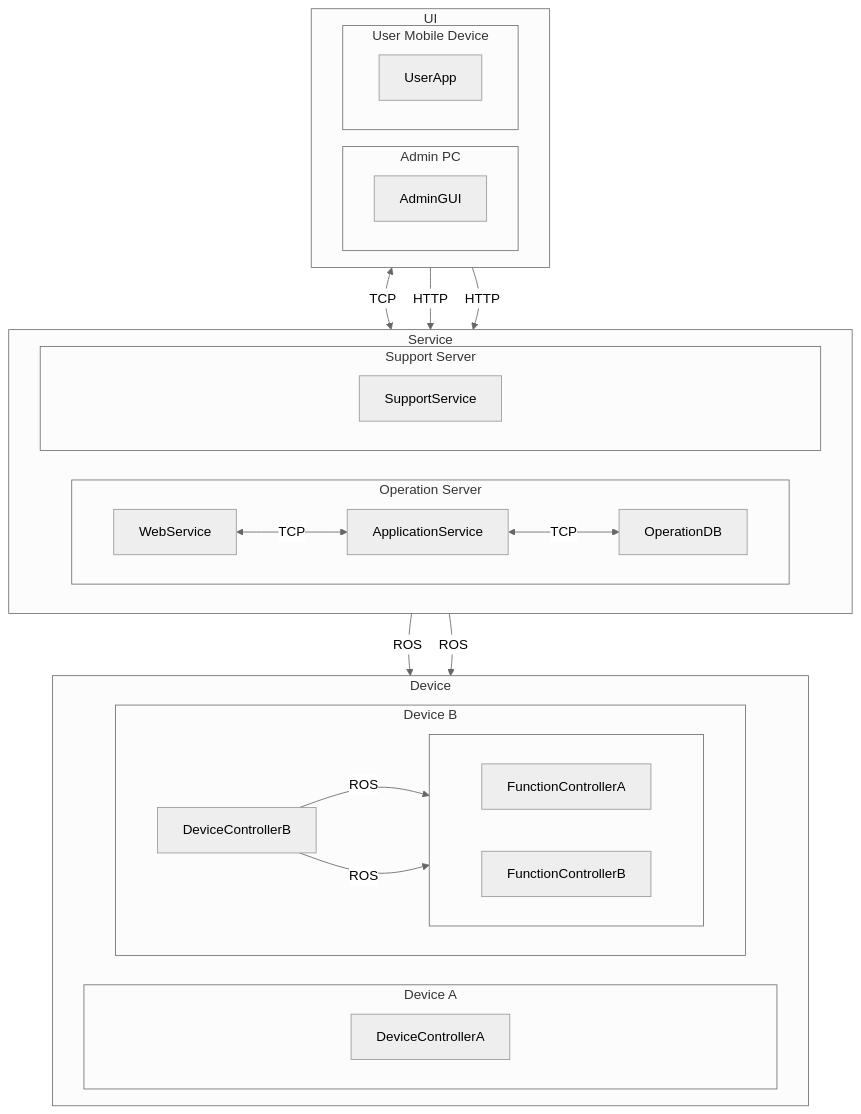
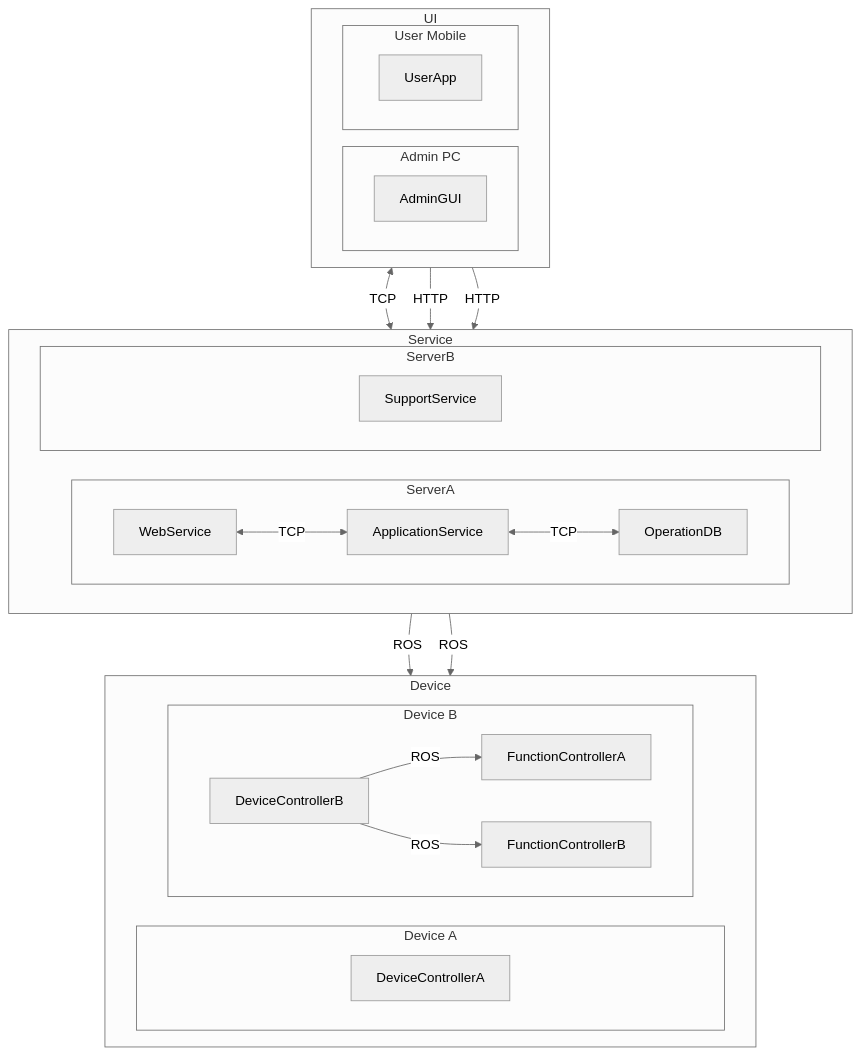
One commit to ned-razzz/system-astronaut changed the diagram in skills/astronaut-sa/SKILL.md. Above: the diagram before and after it, drawn with Mermaid (neutral theme). The commit also changed other lines of this file and 3 other files, not shown here.

````diff
--- a/skills/astronaut-sa/SKILL.md
+++ b/skills/astronaut-sa/SKILL.md
@@ -134,73 +134,69 @@
 ```mermaid
 flowchart TB
 
 %% =========================
 %% UI
 %% =========================
 subgraph UI["UI"]
     direction LR
 
     subgraph AdminPC["Admin PC"]
         AdminGUI["AdminGUI"]
     end
 
-    subgraph UserMobile["User Mobile Device"]
+    subgraph UserMobile["User Mobile"]
         UserApp["UserApp"]
     end
 end
 
 %% =========================
 %% Service
 %% =========================
 subgraph Service["Service"]
     direction LR
 
-    subgraph OperationServer["Operation Server"]
+    subgraph ServerA["ServerA"]
         direction LR
 
         WebService["WebService"]
         ApplicationService["ApplicationService"]
         OperationDB["OperationDB"]
     end
 
-    subgraph SupportServer["Support Server"]
+    subgraph ServerB["ServerB"]
         SupportService["SupportService"]
     end
 end
 
 %% =========================
 %% Device
 %% =========================
 subgraph Device["Device"]
     direction LR
 
     subgraph DeviceA["Device A"]
         DeviceControllerA["DeviceControllerA"]
     end
 
     subgraph DeviceB["Device B"]
         direction LR
 
         DeviceControllerB["DeviceControllerB"]
-
-        subgraph FunctionControllers[" "]
-            direction LR
-            FunctionControllerA["FunctionControllerA"]
-            FunctionControllerB["FunctionControllerB"]
-        end
+        FunctionControllerA["FunctionControllerA"]
+        FunctionControllerB["FunctionControllerB"]
     end
 end
 
 WebService <-->|TCP| ApplicationService
 ApplicationService <-->|TCP| OperationDB
 DeviceControllerB -->|ROS| FunctionControllerA
 DeviceControllerB -->|ROS| FunctionControllerB
 
 AdminGUI <-->|TCP| ApplicationService
 UserApp -->|HTTP| WebService
 UserApp -->|HTTP| SupportService
 
 ApplicationService -->|ROS| DeviceControllerA
 ApplicationService -->|ROS| DeviceControllerB
 
 ```
````
